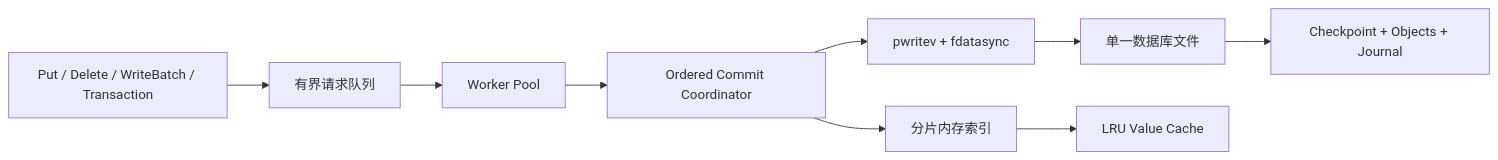
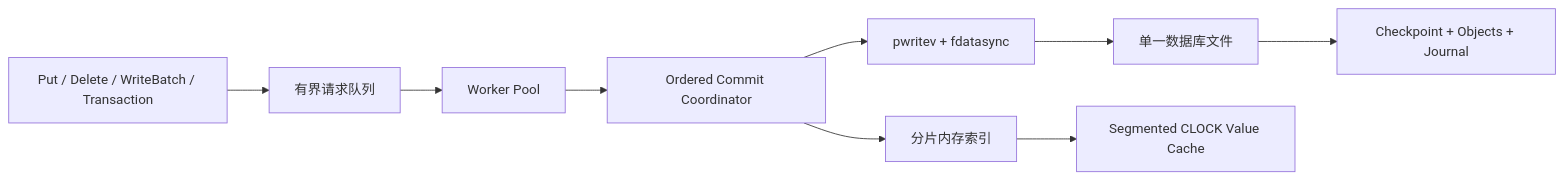
One commit to Sakauma/MyTinyKVStore changed the diagram in README.md. Above: the diagram before and after it, drawn with Mermaid. The commit also changed other lines of this file and 29 other files, not shown here.

````diff
--- a/README.md
+++ b/README.md
@@ -26,11 +26,11 @@
 ```mermaid
 flowchart LR
     A[Put / Delete / WriteBatch / Transaction] --> B[有界请求队列]
     B --> C[Worker Pool]
     C --> D[Ordered Commit Coordinator]
     D --> E[pwritev + fdatasync]
     E --> F[单一数据库文件]
     D --> G[分片内存索引]
-    G --> H[LRU Value Cache]
+    G --> H[Segmented CLOCK Value Cache]
     F --> I[Checkpoint + Objects + Journal]
 ```
````
